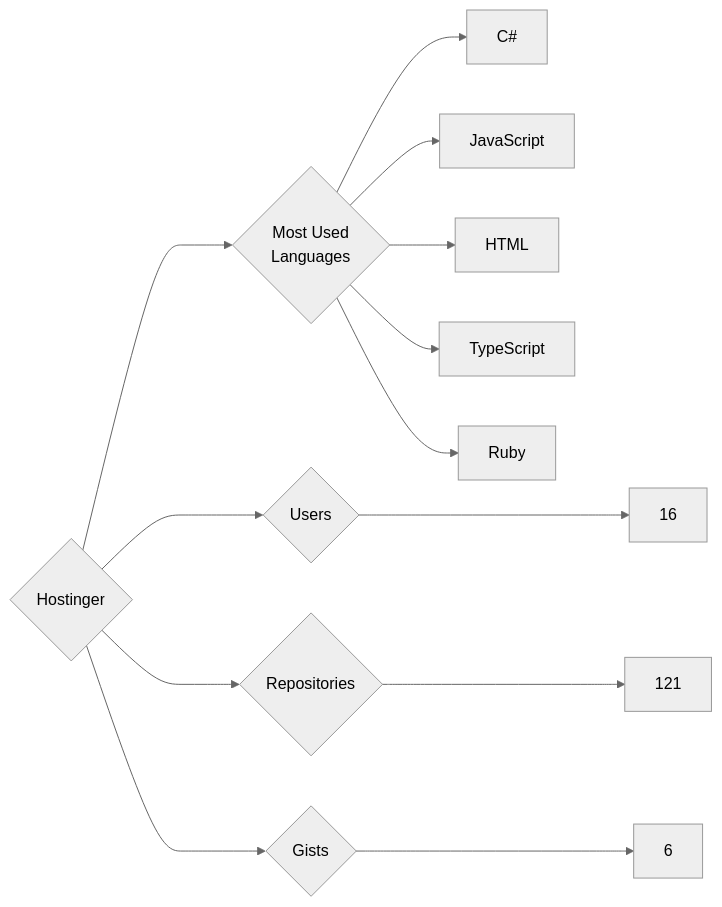
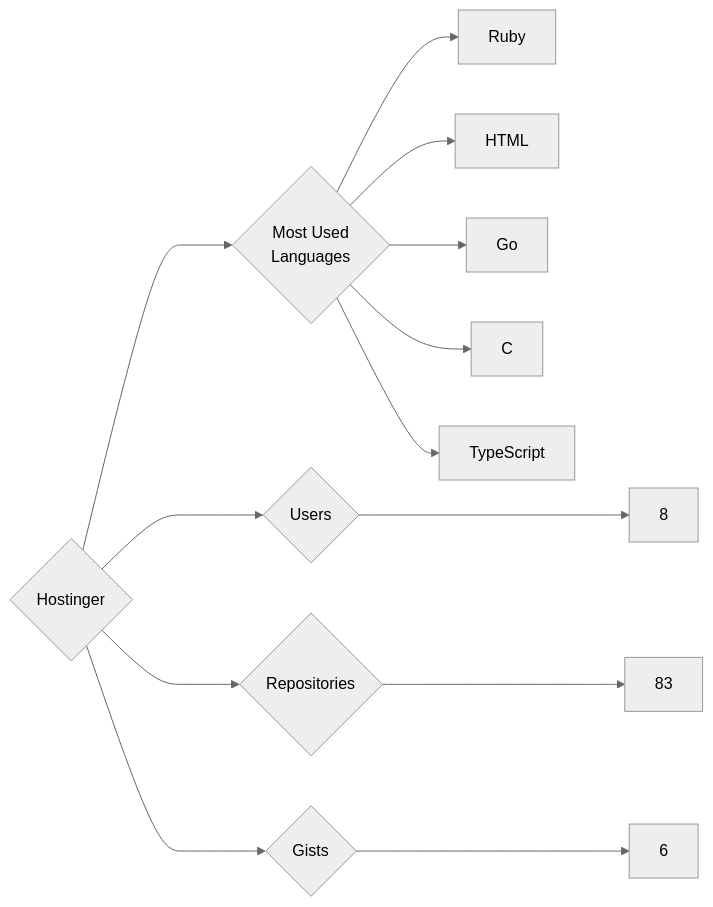
One commit to trickest/insiders changed the diagram in targets/Hostinger/README.md. Above: the diagram before and after it, drawn with Mermaid (neutral theme). The commit also changed 782 other files, not shown here.

````diff
--- a/targets/Hostinger/README.md
+++ b/targets/Hostinger/README.md
@@ -3,13 +3,13 @@
 ```mermaid
 graph LR
 COMPANY_NAME{Hostinger}
-COMPANY_NAME ---> U{Users} ---> UN[16]
-COMPANY_NAME ---> R{Repositories} ---> RN[121]
+COMPANY_NAME ---> U{Users} ---> UN[8]
+COMPANY_NAME ---> R{Repositories} ---> RN[83]
 COMPANY_NAME ---> G{Gists} ---> GN[6]
 COMPANY_NAME ---> ML{Most Used<br>Languages}
-ML --> C#[C#]
-ML --> JavaScript[JavaScript]
+ML --> Ruby[Ruby]
 ML --> HTML[HTML]
+ML --> Go[Go]
+ML --> C[C]
 ML --> TypeScript[TypeScript]
-ML --> Ruby[Ruby]
 ```
````
